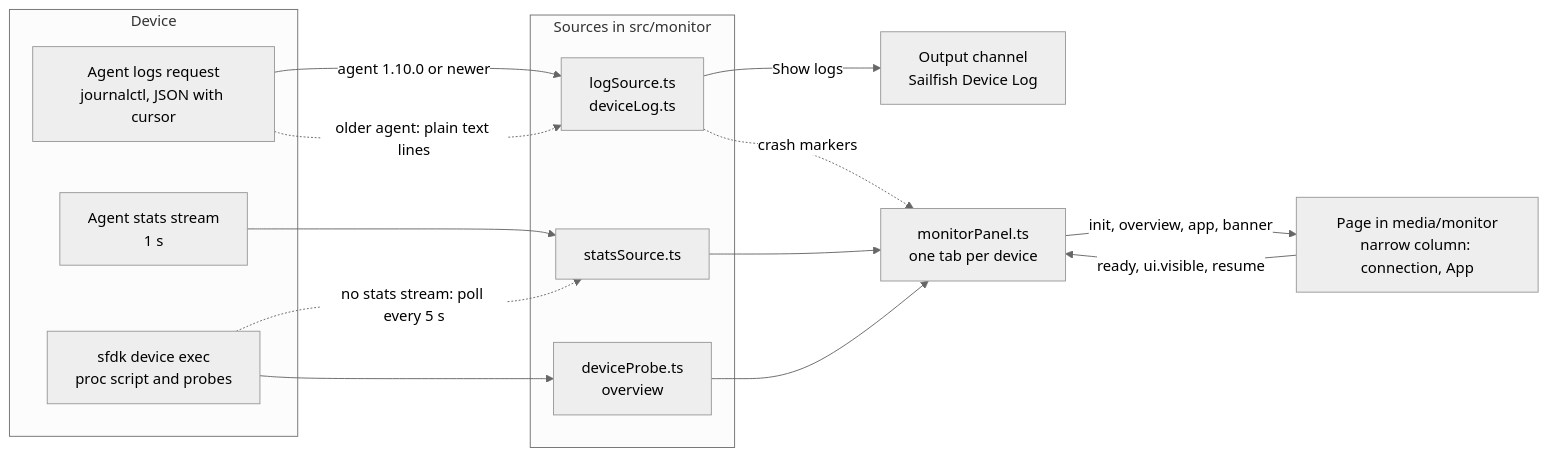
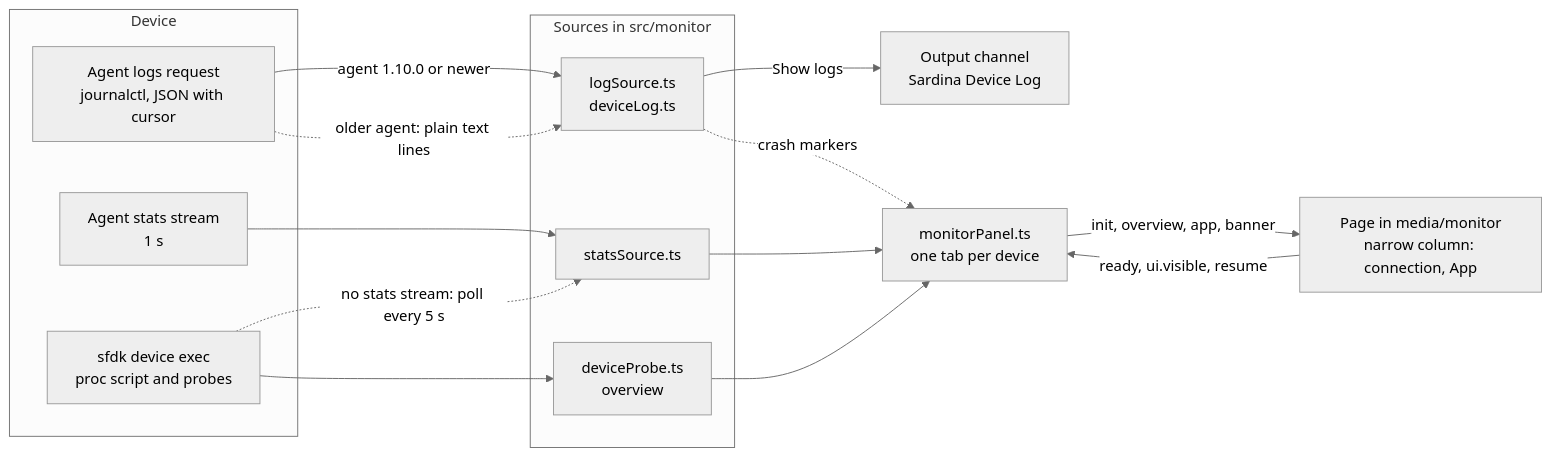
One commit to minhdangphuoc/sardina changed the fourth of 4 diagrams in docs/architecture.md. Above: the diagram before and after it, drawn with Mermaid (neutral theme). The commit also changed other lines of this file and 127 other files, not shown here.

````diff
--- a/docs/architecture.md
+++ b/docs/architecture.md
@@ -159,27 +159,27 @@
 ```mermaid
 flowchart LR
   subgraph PHONE["Device"]
     AGL["Agent logs request<br/>journalctl, JSON with cursor"]
     AGS["Agent stats stream<br/>1 s"]
     SHL["sfdk device exec<br/>proc script and probes"]
   end
   subgraph SRC["Sources in src/monitor"]
     LS["logSource.ts<br/>deviceLog.ts"]
     SS["statsSource.ts"]
     DP["deviceProbe.ts<br/>overview"]
   end
-  OUT["Output channel<br/>Sailfish Device Log"]
+  OUT["Output channel<br/>Sardina Device Log"]
   PNL["monitorPanel.ts<br/>one tab per device"]
   WV["Page in media/monitor<br/>narrow column: connection, App"]
   AGL -->|"agent 1.10.0 or newer"| LS
   AGL -.->|"older agent: plain text lines"| LS
   AGS --> SS
   SHL -.->|"no stats stream: poll every 5 s"| SS
   SHL --> DP
   LS -->|"Show logs"| OUT
   LS -.->|"crash markers"| PNL
   SS --> PNL
   DP --> PNL
   PNL -->|"init, overview, app, banner"| WV
   WV -->|"ready, ui.visible, resume"| PNL
 ```
````
